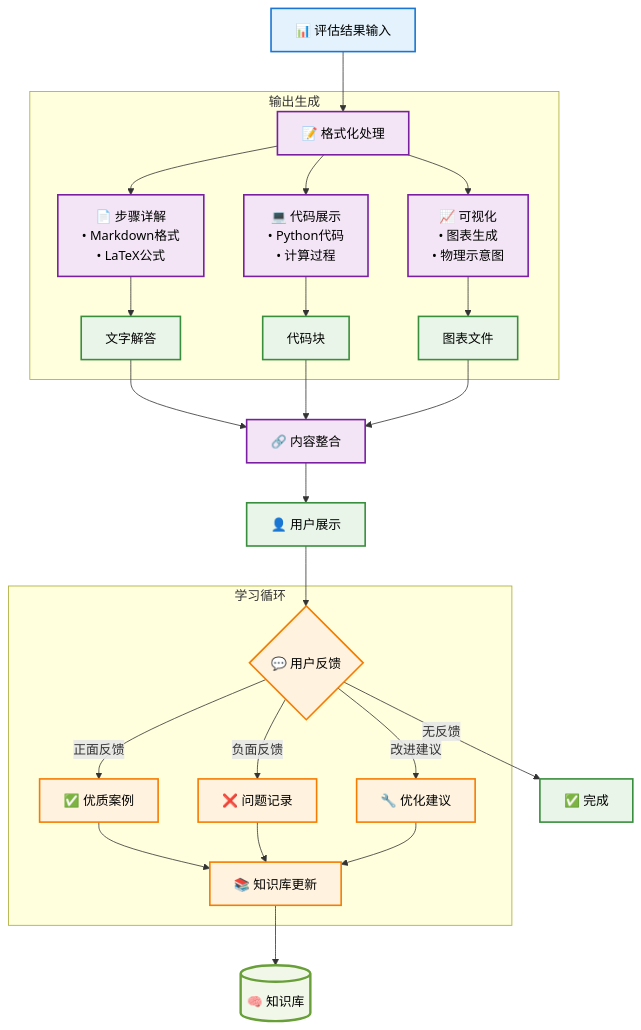
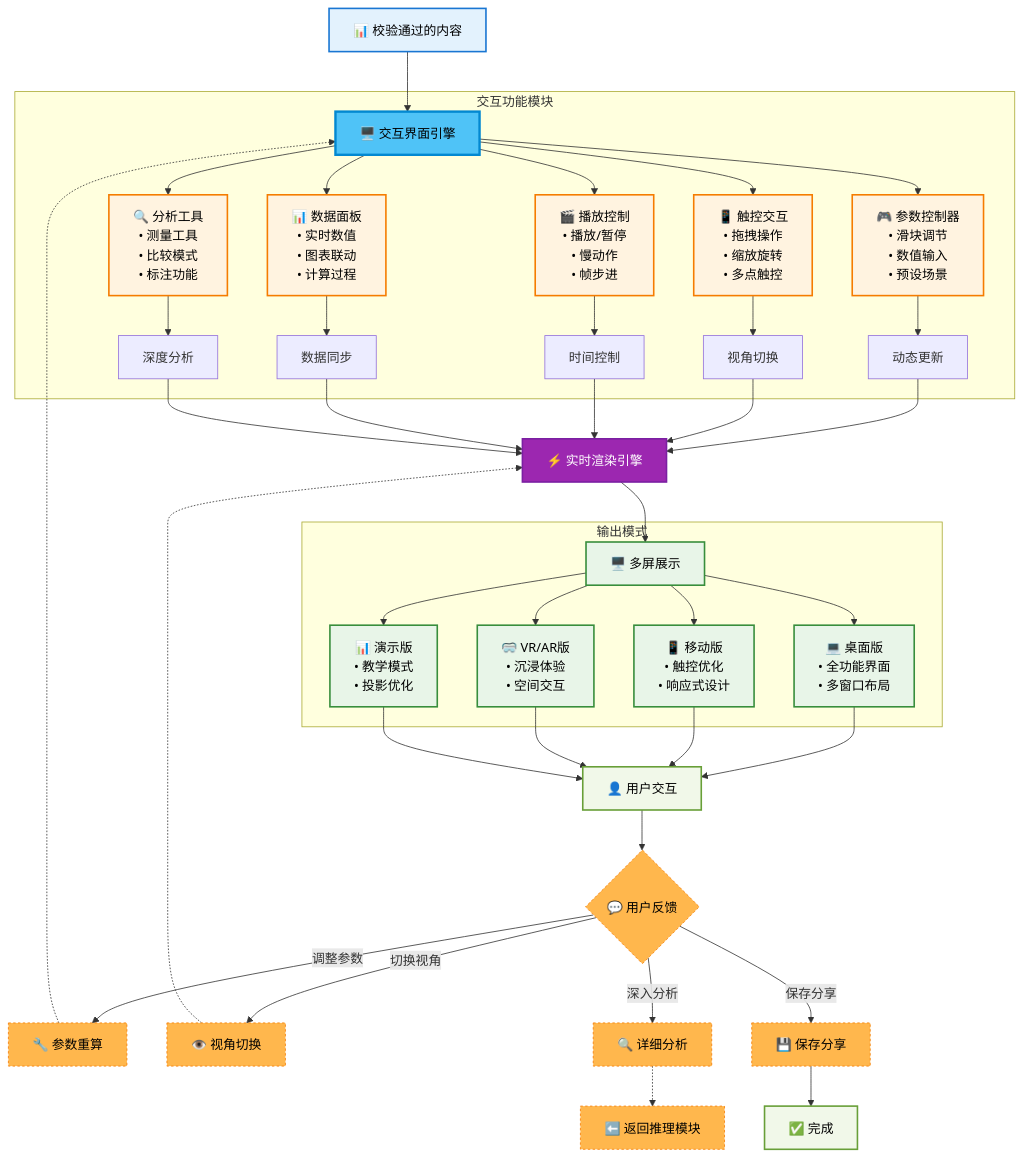
Before and after one commit to xruilin/pysical-agent: the seventh of 8 diagrams in plan.md, drawn with Mermaid. The commit also changed other lines of this file, not shown here.

````diff
--- a/plan.md
+++ b/plan.md
@@ -255,46 +478,65 @@
 ```mermaid
 flowchart TD
-    INPUT_RESULT["📊 评估结果输入"] --> FORMAT["📝 格式化处理"]
+    INPUT_CONTENT["📊 校验通过的内容"] --> UI_ENGINE["🖥️ 交互界面引擎"]
     
-    subgraph OUTPUT_GEN ["输出生成"]
-        FORMAT --> F1["📄 步骤详解<br/>• Markdown格式<br/>• LaTeX公式"]
-        FORMAT --> F2["💻 代码展示<br/>• Python代码<br/>• 计算过程"]
-        FORMAT --> F3["📈 可视化<br/>• 图表生成<br/>• 物理示意图"]
+    subgraph INTERACTIVE_FEATURES ["交互功能模块"]
+        UI_ENGINE --> I1["🎮 参数控制器<br/>• 滑块调节<br/>• 数值输入<br/>• 预设场景"]
+        UI_ENGINE --> I2["📱 触控交互<br/>• 拖拽操作<br/>• 缩放旋转<br/>• 多点触控"]
+        UI_ENGINE --> I3["🎬 播放控制<br/>• 播放/暂停<br/>• 慢动作<br/>• 帧步进"]
+        UI_ENGINE --> I4["📊 数据面板<br/>• 实时数值<br/>• 图表联动<br/>• 计算过程"]
+        UI_ENGINE --> I5["🔍 分析工具<br/>• 测量工具<br/>• 比较模式<br/>• 标注功能"]
         
-        F1 --> O1["文字解答"]
-        F2 --> O2["代码块"]
-        F3 --> O3["图表文件"]
+        I1 --> R1["动态更新"]
+        I2 --> R2["视角切换"]
+        I3 --> R3["时间控制"]
+        I4 --> R4["数据同步"]
+        I5 --> R5["深度分析"]
     end
     
-    O1 --> COMBINE["🔗 内容整合"]
-    O2 --> COMBINE
-    O3 --> COMBINE
+    R1 --> REALTIME["⚡ 实时渲染引擎"]
+    R2 --> REALTIME
+    R3 --> REALTIME
+    R4 --> REALTIME
+    R5 --> REALTIME
     
-    COMBINE --> USER["👤 用户展示"]
-    USER --> FEEDBACK{"💬 用户反馈"}
+    REALTIME --> DISPLAY["🖥️ 多屏展示"]
     
-    subgraph LEARNING ["学习循环"]
-        FEEDBACK -->|"正面反馈"| GOOD["✅ 优质案例"]
-        FEEDBACK -->|"负面反馈"| BAD["❌ 问题记录"]
-        FEEDBACK -->|"改进建议"| IMPROVE["🔧 优化建议"]
-        
-        GOOD --> KB_UPDATE["📚 知识库更新"]
-        BAD --> KB_UPDATE
-        IMPROVE --> KB_UPDATE
+    subgraph OUTPUT_MODES ["输出模式"]
+        DISPLAY --> O1["💻 桌面版<br/>• 全功能界面<br/>• 多窗口布局"]
+        DISPLAY --> O2["📱 移动版<br/>• 触控优化<br/>• 响应式设计"]
+        DISPLAY --> O3["🥽 VR/AR版<br/>• 沉浸体验<br/>• 空间交互"]
+        DISPLAY --> O4["📊 演示版<br/>• 教学模式<br/>• 投影优化"]
     end
     
-    KB_UPDATE --> KB[("🧠 知识库")]
-    FEEDBACK -->|"无反馈"| END["✅ 完成"]
+    O1 --> USER["👤 用户交互"]
+    O2 --> USER
+    O3 --> USER
+    O4 --> USER
+    
+    USER --> FEEDBACK{"💬 用户反馈"}
+    FEEDBACK -->|"调整参数"| PARAMS["🔧 参数重算"]
+    FEEDBACK -->|"切换视角"| VIEW["👁️ 视角切换"]
+    FEEDBACK -->|"深入分析"| ANALYZE["🔍 详细分析"]
+    FEEDBACK -->|"保存分享"| SAVE["💾 保存分享"]
+    
+    PARAMS -.-> UI_ENGINE
+    VIEW -.-> REALTIME
+    ANALYZE -.-> BACK_SOLVE["⬅️ 返回推理模块"]
+    SAVE --> END["✅ 完成"]
     
     classDef input fill:#e3f2fd,stroke:#1976d2,stroke-width:2px,color:#000
-    classDef process fill:#f3e5f5,stroke:#7b1fa2,stroke-width:2px,color:#000
-    classDef output fill:#e8f5e8,stroke:#388e3c,stroke-width:2px,color:#000
-    classDef learning fill:#fff3e0,stroke:#f57c00,stroke-width:2px,color:#000
-    classDef storage fill:#f1f8e9,stroke:#689f38,stroke-width:3px,color:#000
+    classDef engine fill:#4fc3f7,stroke:#0288d1,stroke-width:3px,color:#000
+    classDef features fill:#fff3e0,stroke:#f57c00,stroke-width:2px,color:#000
+    classDef realtime fill:#9c27b0,stroke:#7b1fa2,stroke-width:2px,color:#fff
+    classDef outputs fill:#e8f5e8,stroke:#388e3c,stroke-width:2px,color:#000
+    classDef user fill:#f1f8e9,stroke:#689f38,stroke-width:2px,color:#000
+    classDef feedback fill:#ffb74d,stroke:#f57c00,stroke-width:1px,stroke-dasharray:3 3,color:#000
     
-    class INPUT_RESULT input
-    class FORMAT,F1,F2,F3,COMBINE process
-    class O1,O2,O3,USER,END output
-    class FEEDBACK,GOOD,BAD,IMPROVE,KB_UPDATE learning
-    class KB storage
+    class INPUT_CONTENT input
+    class UI_ENGINE engine
+    class I1,I2,I3,I4,I5 features
+    class REALTIME realtime
+    class O1,O2,O3,O4,DISPLAY outputs
+    class USER,END user
+    class FEEDBACK,PARAMS,VIEW,ANALYZE,SAVE,BACK_SOLVE feedback
 ```
````
